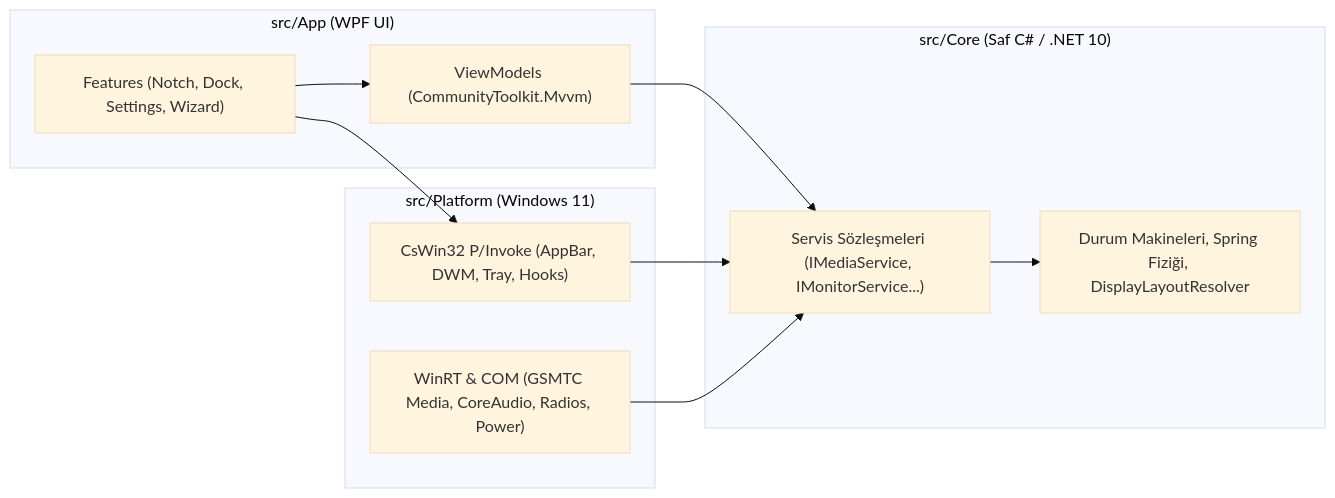
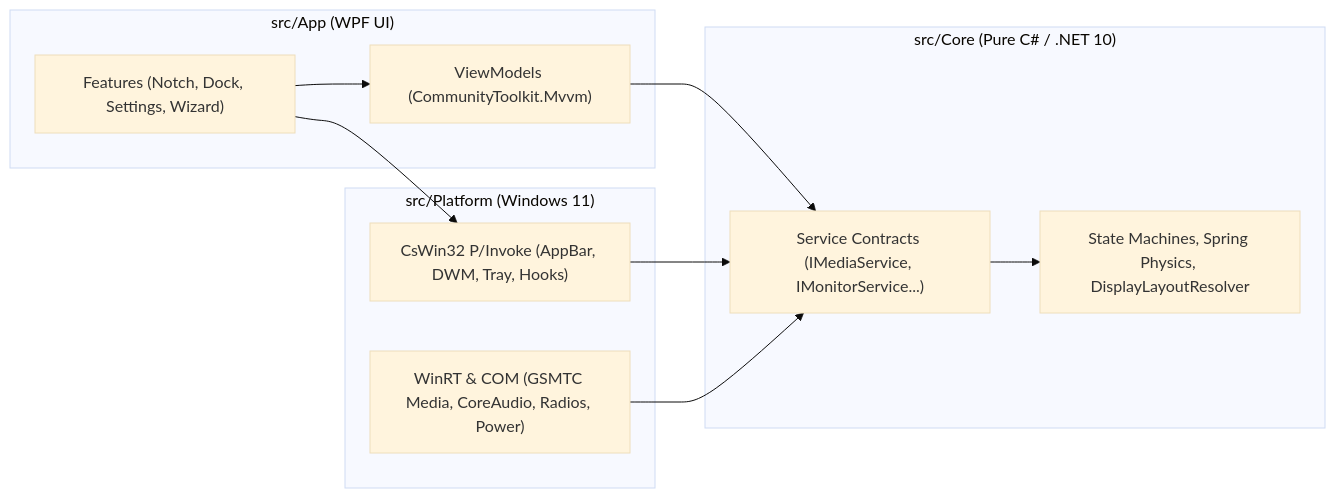
One commit to koyhq/koy changed the diagram in README.md. Above: the diagram before and after it, drawn with Mermaid (base theme). The commit also changed other lines of this file and 8 other files, not shown here.

````diff
--- a/README.md
+++ b/README.md
@@ -168,24 +169,24 @@
 ```mermaid
 flowchart LR
     subgraph App["src/App (WPF UI)"]
         Features["Features (Notch, Dock, Settings, Wizard)"]
         VM["ViewModels (CommunityToolkit.Mvvm)"]
     end
 
     subgraph Platform["src/Platform (Windows 11)"]
         Win32["CsWin32 P/Invoke (AppBar, DWM, Tray, Hooks)"]
         WinRT["WinRT & COM (GSMTC Media, CoreAudio, Radios, Power)"]
     end
 
-    subgraph Core["src/Core (Saf C# / .NET 10)"]
-        Contracts["Servis Sözleşmeleri (IMediaService, IMonitorService...)"]
-        Engine["Durum Makineleri, Spring Fiziği, DisplayLayoutResolver"]
+    subgraph Core["src/Core (Pure C# / .NET 10)"]
+        Contracts["Service Contracts (IMediaService, IMonitorService...)"]
+        Engine["State Machines, Spring Physics, DisplayLayoutResolver"]
     end
 
     Features --> VM
     VM --> Contracts
     Features --> Win32
     Win32 --> Contracts
     WinRT --> Contracts
     Contracts --> Engine
 ```
````
